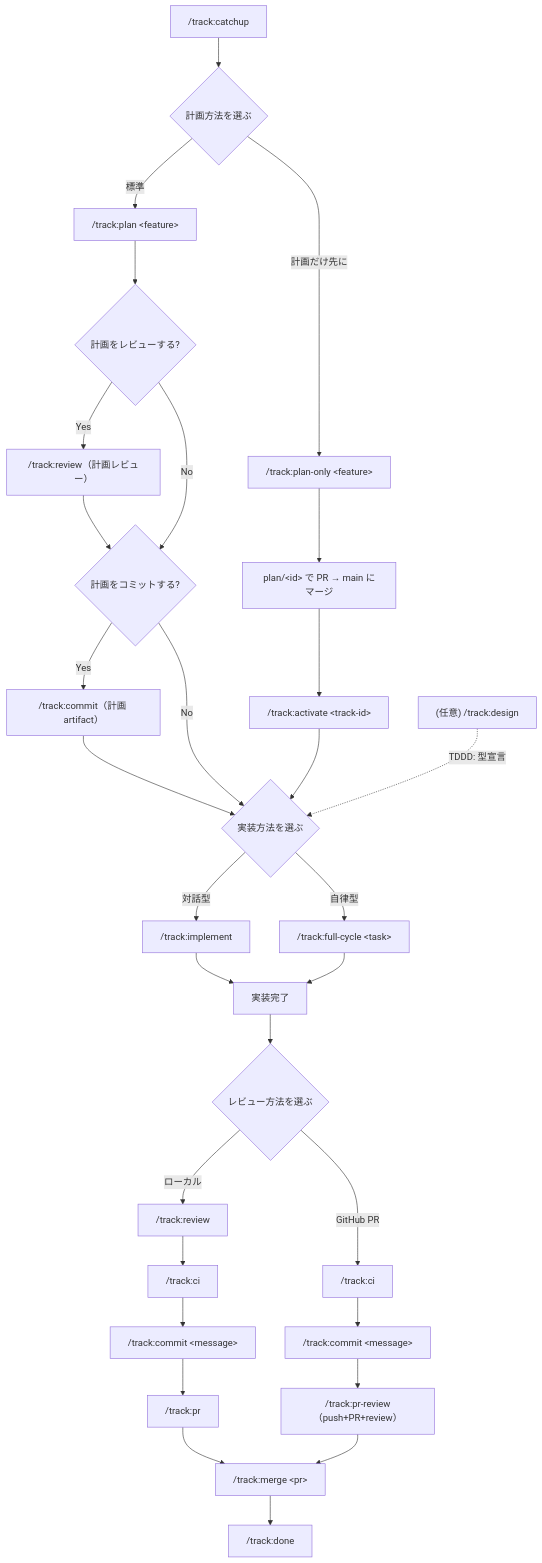
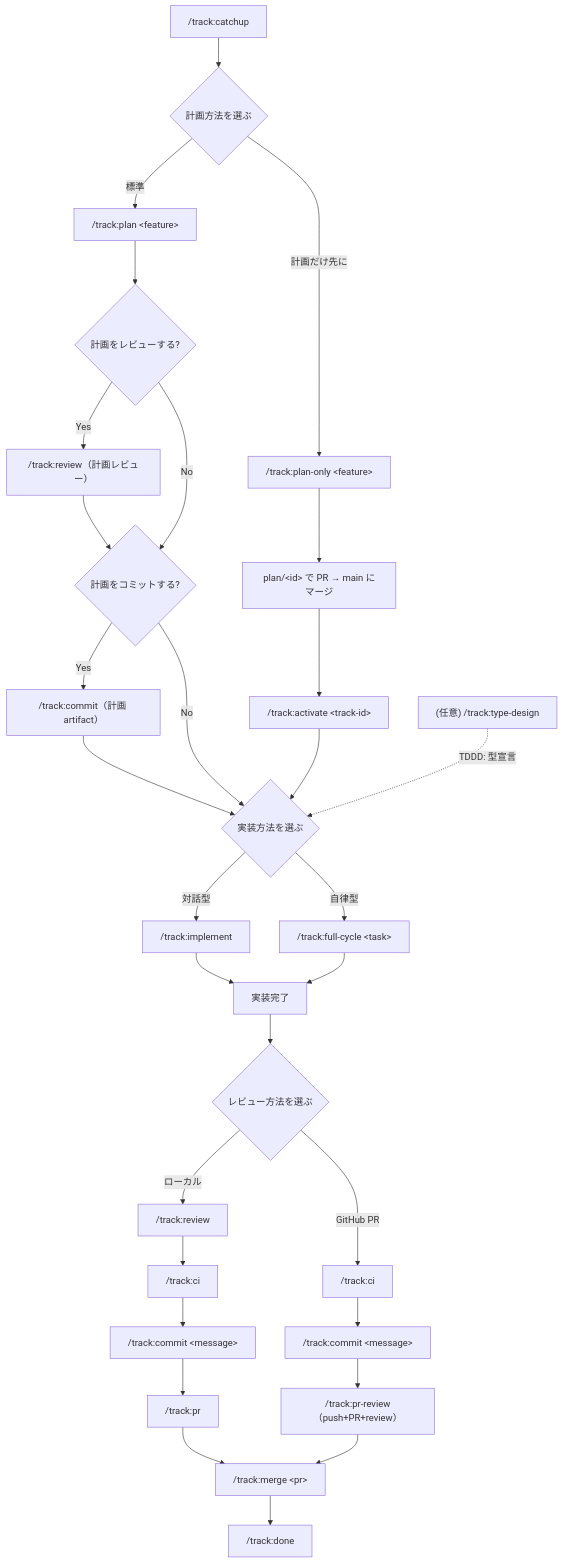
Before and after one commit to Flip451/SoTOHE-core: the diagram in DEVELOPER_AI_WORKFLOW.md, drawn with Mermaid. The commit also changed other lines of this file and 10 other files, not shown here.

````diff
--- a/DEVELOPER_AI_WORKFLOW.md
+++ b/DEVELOPER_AI_WORKFLOW.md
@@ -53,32 +53,32 @@
 ```mermaid
 flowchart TD
     A["/track:catchup"] --> B{計画方法を選ぶ}
     B -->|"標準"| P1["/track:plan &lt;feature&gt;"]
     B -->|"計画だけ先に"| P2["/track:plan-only &lt;feature&gt;"]
     P1 --> PR{"計画をレビューする?"}
     PR -->|Yes| R1["/track:review（計画レビュー）"]
     R1 --> PC{"計画をコミットする?"}
     PR -->|No| PC
     PC -->|Yes| R1C["/track:commit（計画 artifact）"]
     R1C --> IMPL{実装方法を選ぶ}
     PC -->|No| IMPL
     P2 --> PM["plan/&lt;id&gt; で PR → main にマージ"]
     PM --> ACT["/track:activate &lt;track-id&gt;"]
     ACT --> IMPL
-    DS["(任意) /track:design"] -.->|"TDDD: 型宣言"| IMPL
+    DS["(任意) /track:type-design"] -.->|"TDDD: 型宣言"| IMPL
     IMPL -->|"対話型"| F["/track:implement"]
     IMPL -->|"自律型"| FC["/track:full-cycle &lt;task&gt;"]
     F --> G["実装完了"]
     FC --> G
     G --> H{レビュー方法を選ぶ}
     H -->|"ローカル"| I["/track:review"]
     I --> J["/track:ci"]
     J --> K["/track:commit &lt;message&gt;"]
     K --> L["/track:pr"]
     L --> M["/track:merge &lt;pr&gt;"]
     H -->|"GitHub PR"| J2["/track:ci"]
     J2 --> K2["/track:commit &lt;message&gt;"]
     K2 --> I2["/track:pr-review（push+PR+review）"]
     I2 --> M
     M --> N["/track:done"]
 ```
````
